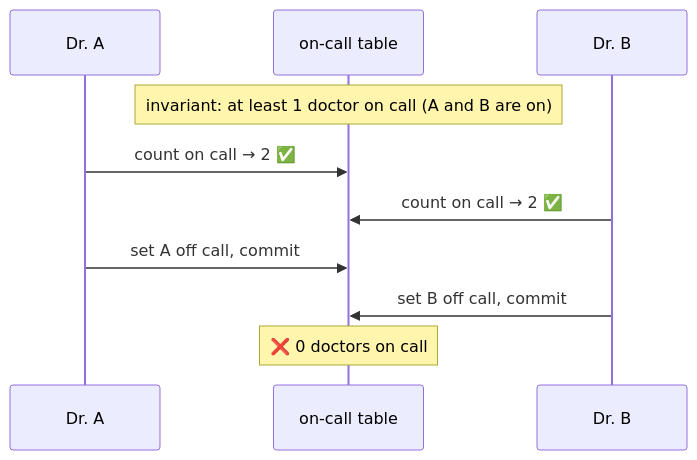
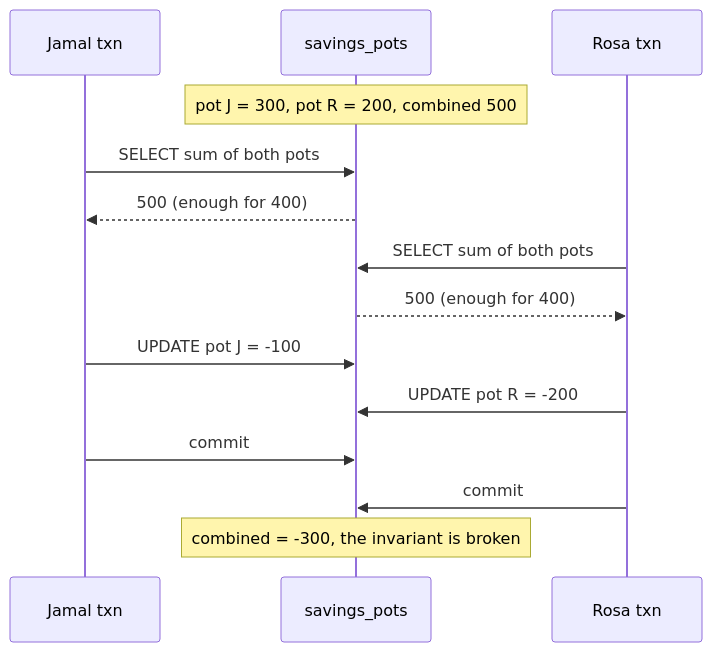
Diagram 17 of 32 in docs/chapters/part-2/07-transactions.mdx (pratikguru998/ddia-book), drawn with Mermaid before and after one commit. The commit also changed other lines of this file and 13 other files, not shown here.

Commit message:
Expand all 12 chapters: every book subsection, deeper notes, ~320 diagrams

````diff
--- a/docs/chapters/part-2/07-transactions.mdx
+++ b/docs/chapters/part-2/07-transactions.mdx
@@ -147,12 +647,16 @@
 ```mermaid
 sequenceDiagram
-  participant A as Dr. A
-  participant DB as on-call table
-  participant B as Dr. B
-  Note over DB: invariant: at least 1 doctor on call (A and B are on)
-  A->>DB: count on call → 2 ✅
-  B->>DB: count on call → 2 ✅
-  A->>DB: set A off call, commit
-  B->>DB: set B off call, commit
-  Note over DB: ❌ 0 doctors on call
+  participant J as Jamal txn
+  participant DB as savings_pots
+  participant R as Rosa txn
+  Note over DB: pot J = 300, pot R = 200, combined 500
+  J->>DB: SELECT sum of both pots
+  DB-->>J: 500 (enough for 400)
+  R->>DB: SELECT sum of both pots
+  DB-->>R: 500 (enough for 400)
+  J->>DB: UPDATE pot J = -100
+  R->>DB: UPDATE pot R = -200
+  J->>DB: commit
+  R->>DB: commit
+  Note over DB: combined = -300, the invariant is broken
 ```
````
